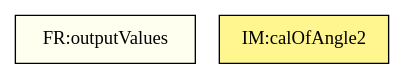
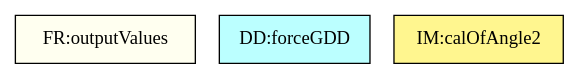
The diagram in code/stable/dblpend/TraceyGraph/avsall.dot (JacquesCarette/Drasil), drawn with Graphviz before and after one commit. The commit also changed 72 other files, not shown here.

```diff
--- a/code/stable/dblpend/TraceyGraph/avsall.dot
+++ b/code/stable/dblpend/TraceyGraph/avsall.dot
@@ -1,64 +1,77 @@
 digraph avsall {
 
 
 	instance:twoDMotion	[shape=box, color=black, style=filled, fillcolor=mistyrose, label="A:twoDMotion"];
 	instance:cartSys	[shape=box, color=black, style=filled, fillcolor=mistyrose, label="A:cartSys"];
 	instance:cartSysR	[shape=box, color=black, style=filled, fillcolor=mistyrose, label="A:cartSysR"];
 	instance:yAxisDir	[shape=box, color=black, style=filled, fillcolor=mistyrose, label="A:yAxisDir"];
 
 	subgraph A {
 	rank="same"
 	{instance:twoDMotion, instance:cartSys, instance:cartSysR, instance:yAxisDir}
+	}
+
+	dataDefn:velocity	[shape=box, color=black, style=filled, fillcolor=paleturquoise1, label="DD:positionGDD"];
+	dataDefn:p_x1	[shape=box, color=black, style=filled, fillcolor=paleturquoise1, label="DD:positionXDD1"];
+	dataDefn:p_y1	[shape=box, color=black, style=filled, fillcolor=paleturquoise1, label="DD:positionYDD1"];
+	dataDefn:p_x2	[shape=box, color=black, style=filled, fillcolor=paleturquoise1, label="DD:positionXDD2"];
+	dataDefn:p_y2	[shape=box, color=black, style=filled, fillcolor=paleturquoise1, label="DD:positionYDD2"];
+	dataDefn:acceleration	[shape=box, color=black, style=filled, fillcolor=paleturquoise1, label="DD:accelerationGDD"];
+	dataDefn:force	[shape=box, color=black, style=filled, fillcolor=paleturquoise1, label="DD:forceGDD"];
+
+	subgraph DD {
+	rank="same"
+	{dataDefn:velocity, dataDefn:p_x1, dataDefn:p_y1, dataDefn:p_x2, dataDefn:p_y2, dataDefn:acceleration, dataDefn:force}
 	}
 
 	theory:accelerationTM	[shape=box, color=black, style=filled, fillcolor=pink, label="TM:acceleration"];
 	theory:velocityTM	[shape=box, color=black, style=filled, fillcolor=pink, label="TM:velocity"];
 	theory:newtonSL	[shape=box, color=black, style=filled, fillcolor=pink, label="TM:NewtonSecLawMot"];
 
 	subgraph TM {
 	rank="same"
 	{theory:accelerationTM, theory:velocityTM, theory:newtonSL}
 	}
 
 	theory:v_x1	[shape=box, color=black, style=filled, fillcolor=palegreen, label="GD:velocityX1"];
 	theory:v_y1	[shape=box, color=black, style=filled, fillcolor=palegreen, label="GD:velocityY1"];
 	theory:v_x2	[shape=box, color=black, style=filled, fillcolor=palegreen, label="GD:velocityX2"];
 	theory:v_y2	[shape=box, color=black, style=filled, fillcolor=palegreen, label="GD:velocityY2"];
 	theory:a_x1	[shape=box, color=black, style=filled, fillcolor=palegreen, label="GD:accelerationX1"];
 	theory:a_y1	[shape=box, color=black, style=filled, fillcolor=palegreen, label="GD:accelerationY1"];
 	theory:a_x2	[shape=box, color=black, style=filled, fillcolor=palegreen, label="GD:accelerationX2"];
 	theory:a_y2	[shape=box, color=black, style=filled, fillcolor=palegreen, label="GD:accelerationY2"];
 	theory:xForce1	[shape=box, color=black, style=filled, fillcolor=palegreen, label="GD:xForce1"];
 	theory:yForce1	[shape=box, color=black, style=filled, fillcolor=palegreen, label="GD:yForce1"];
 	theory:xForce2	[shape=box, color=black, style=filled, fillcolor=palegreen, label="GD:xForce2"];
 	theory:yForce2	[shape=box, color=black, style=filled, fillcolor=palegreen, label="GD:yForce2"];
 
 	subgraph GD {
 	rank="same"
 	{theory:v_x1, theory:v_y1, theory:v_x2, theory:v_y2, theory:a_x1, theory:a_y1, theory:a_x2, theory:a_y2, theory:xForce1, theory:yForce1, theory:xForce2, theory:yForce2}
 	}
 
 	theory:angleIM1	[shape=box, color=black, style=filled, fillcolor=khaki1, label="IM:calOfAngle1"];
 	theory:angleIM2	[shape=box, color=black, style=filled, fillcolor=khaki1, label="IM:calOfAngle2"];
 
 	subgraph IM {
 	rank="same"
 	{theory:angleIM1, theory:angleIM2}
 	}
 
 	instance:verifyInptVals	[shape=box, color=black, style=filled, fillcolor=ivory, label="FR:verifyInptVals"];
 	instance:calcAng	[shape=box, color=black, style=filled, fillcolor=ivory, label="FR:calcAng"];
 	instance:outputValues	[shape=box, color=black, style=filled, fillcolor=ivory, label="FR:outputValues"];
 	instance:correct	[shape=box, color=black, style=filled, fillcolor=ivory, label="NFR:correct"];
 	instance:portable	[shape=box, color=black, style=filled, fillcolor=ivory, label="NFR:portable"];
 	instance:inputValues	[shape=box, color=black, style=filled, fillcolor=ivory, label="FR:inputValues"];
 	instance:verifyInptVals	[shape=box, color=black, style=filled, fillcolor=ivory, label="FR:verifyInptVals"];
 	instance:calcAng	[shape=box, color=black, style=filled, fillcolor=ivory, label="FR:calcAng"];
 	instance:outputValues	[shape=box, color=black, style=filled, fillcolor=ivory, label="FR:outputValues"];
 
 	subgraph FR {
 	rank="same"
 	{instance:verifyInptVals, instance:calcAng, instance:outputValues, instance:correct, instance:portable, instance:inputValues, instance:verifyInptVals, instance:calcAng, instance:outputValues}
 	}
 
 }
```
